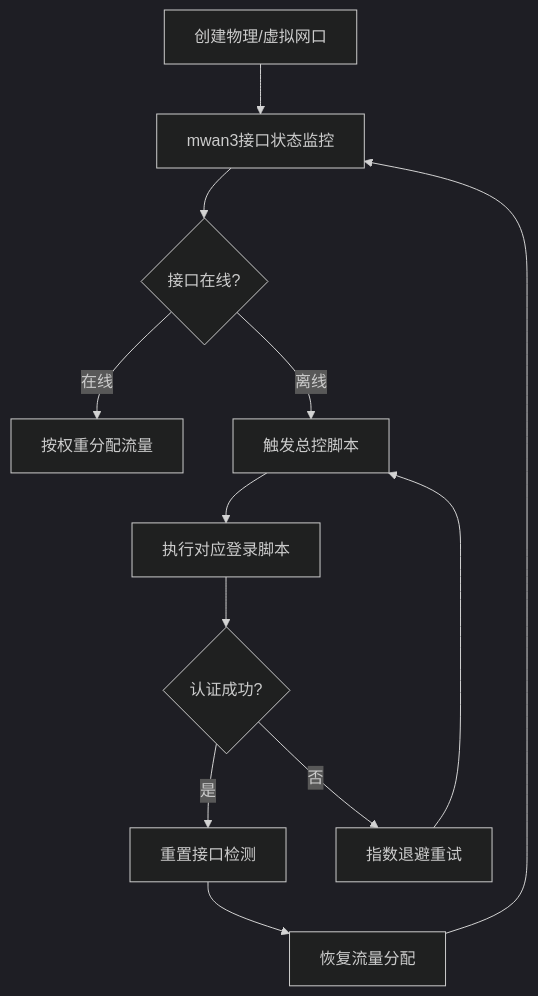
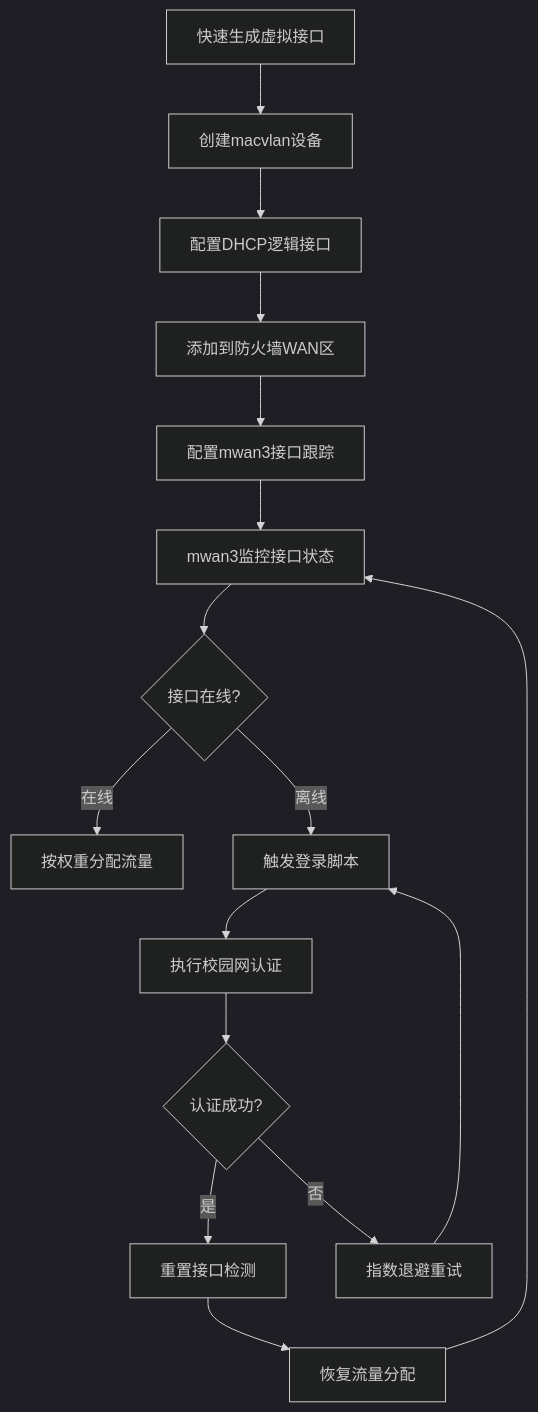
Before and after one commit to lllrrr/openwrt-packages: the diagram in luci-app-multi-login/README.md, drawn with Mermaid (dark theme). The commit also changed other lines of this file and 9 other files, not shown here.

````diff
--- a/luci-app-multi-login/README.md
+++ b/luci-app-multi-login/README.md
@@ -46,14 +57,18 @@
 ```mermaid
 graph TD
-    A[创建物理/虚拟网口] --> B[mwan3接口状态监控]
-    B --> C{接口在线?}
-    C -->|在线| D[按权重分配流量]
-    C -->|离线| E[触发总控脚本]
-    E --> F[执行对应登录脚本]
-    F --> G{认证成功?}
-    G -->|是| H[重置接口检测]
-    G -->|否| I[指数退避重试]
-    H --> J[恢复流量分配]
-    I --> E
-    J --> B
+    A[快速生成虚拟接口] --> B[创建macvlan设备]
+    B --> C[配置DHCP逻辑接口]
+    C --> D[添加到防火墙WAN区]
+    D --> E[配置mwan3接口跟踪]
+    E --> F[mwan3监控接口状态]
+    F --> G{接口在线?}
+    G -->|在线| H[按权重分配流量]
+    G -->|离线| I[触发登录脚本]
+    I --> J[执行校园网认证]
+    J --> K{认证成功?}
+    K -->|是| L[重置接口检测]
+    K -->|否| M[指数退避重试]
+    L --> N[恢复流量分配]
+    M --> I
+    N --> F
 ```
````
